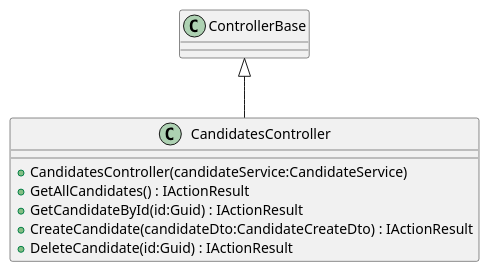
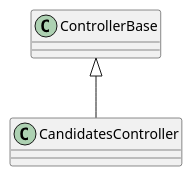
Before and after one commit to Its-Stressica/RecruitPlus: the diagram in diagram.puml/MilitaryRecruitment.Api/Controllers/CandidatesController.puml, drawn with PlantUML. The commit also changed 12 other files, not shown here.

Commit message:
Commented fields in diagrams to create a shorter one

```diff
--- a/diagram.puml/MilitaryRecruitment.Api/Controllers/CandidatesController.puml
+++ b/diagram.puml/MilitaryRecruitment.Api/Controllers/CandidatesController.puml
@@ -1,10 +1,10 @@
 @startuml
 class CandidatesController {
-    + CandidatesController(candidateService:CandidateService)
-    + GetAllCandidates() : IActionResult
-    + GetCandidateById(id:Guid) : IActionResult
-    + CreateCandidate(candidateDto:CandidateCreateDto) : IActionResult
-    + DeleteCandidate(id:Guid) : IActionResult
+    ' + CandidatesController(candidateService:CandidateService)
+    ' + GetAllCandidates() : IActionResult
+    ' + GetCandidateById(id:Guid) : IActionResult
+    ' + CreateCandidate(candidateDto:CandidateCreateDto) : IActionResult
+    ' + DeleteCandidate(id:Guid) : IActionResult
 }
 ControllerBase <|-- CandidatesController
 @enduml
```
